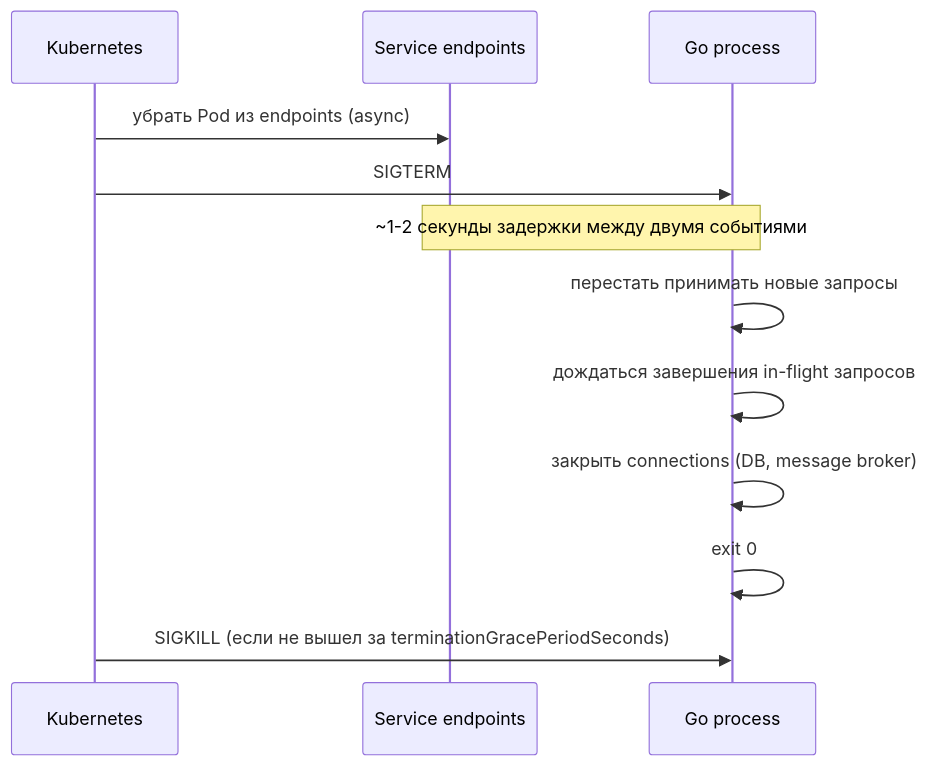
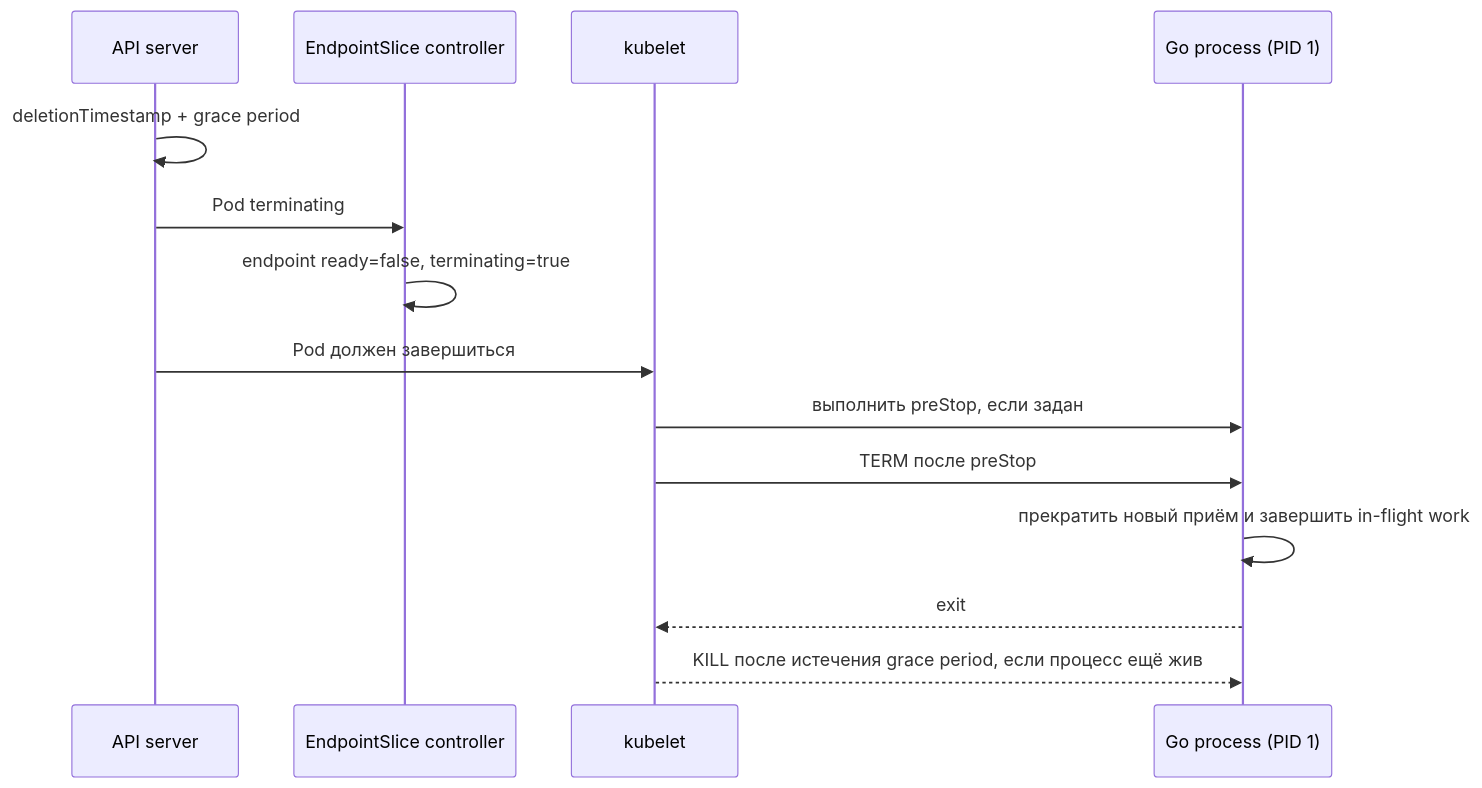
Before and after one commit to fev0ks/LearnGoLang: the diagram in docs/senior-golang-study/10-devops-and-observability/kubernetes/06-probes-and-graceful-shutdown.md, drawn with Mermaid. The commit also changed other lines of this file and 7 other files, not shown here.

````diff
--- a/docs/senior-golang-study/10-devops-and-observability/kubernetes/06-probes-and-graceful-shutdown.md
+++ b/docs/senior-golang-study/10-devops-and-observability/kubernetes/06-probes-and-graceful-shutdown.md
@@ -165,15 +158,17 @@
 ```mermaid
 sequenceDiagram
-    participant K8s as Kubernetes
-    participant Svc as Service endpoints
-    participant App as Go process
+    participant API as API server
+    participant EP as EndpointSlice controller
+    participant K as kubelet
+    participant App as Go process (PID 1)
 
-    K8s->>Svc: убрать Pod из endpoints (async)
-    K8s->>App: SIGTERM
-    Note over Svc,App: ~1-2 секунды задержки между двумя событиями
-    App->>App: перестать принимать новые запросы
-    App->>App: дождаться завершения in-flight запросов
-    App->>App: закрыть connections (DB, message broker)
-    App->>App: exit 0
-    K8s->>App: SIGKILL (если не вышел за terminationGracePeriodSeconds)
+    API->>API: deletionTimestamp + grace period
+    API->>EP: Pod terminating
+    EP->>EP: endpoint ready=false, terminating=true
+    API->>K: Pod должен завершиться
+    K->>App: выполнить preStop, если задан
+    K->>App: TERM после preStop
+    App->>App: прекратить новый приём и завершить in-flight work
+    App-->>K: exit
+    K-->>App: KILL после истечения grace period, если процесс ещё жив
 ```
````
